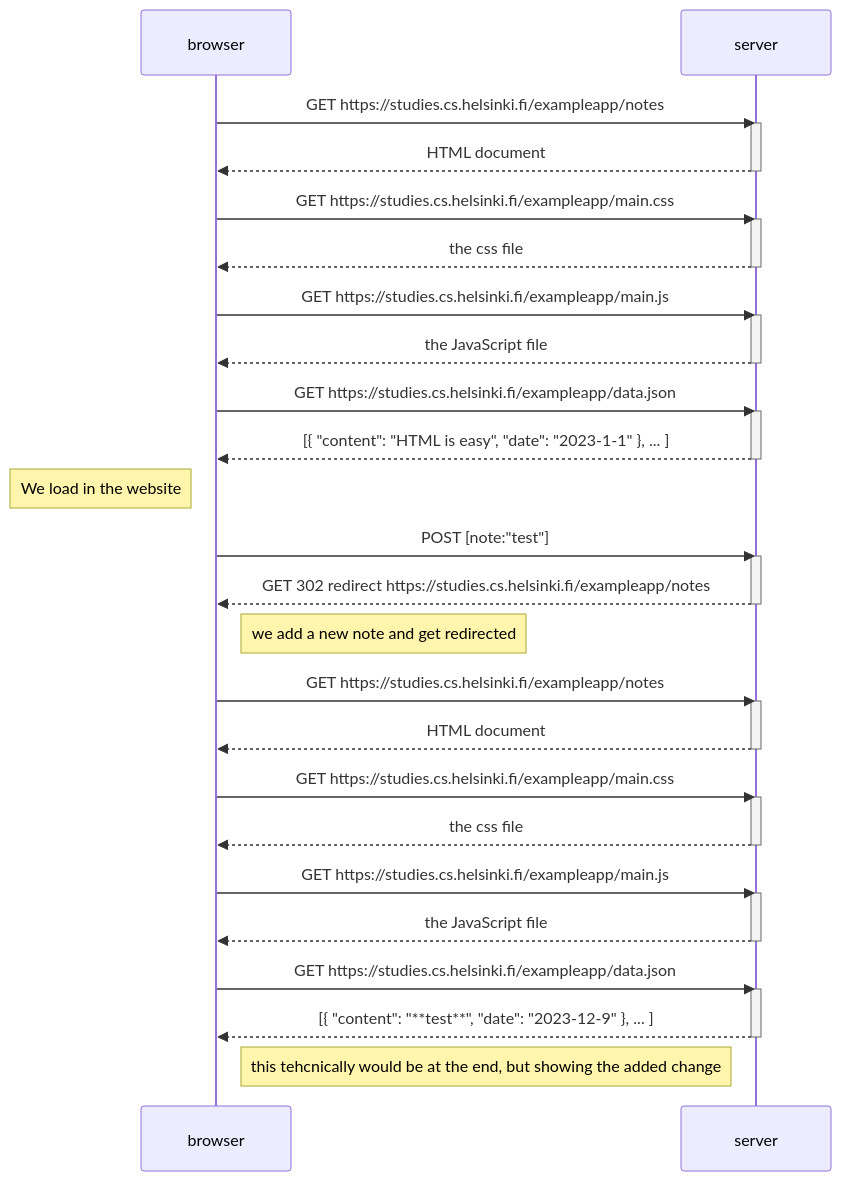
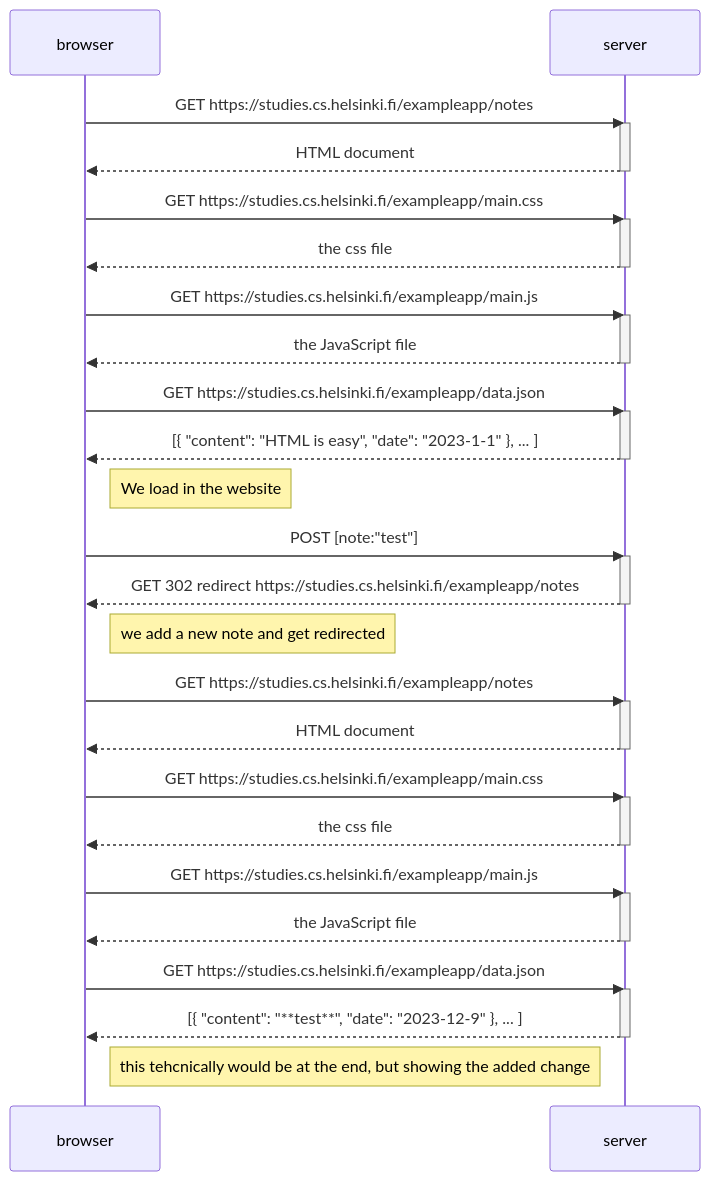
One commit to butch500200/Fullstack_part0 changed the diagram in diagram.md. Above: the diagram before and after it, drawn with Mermaid.

Commit message:
changed left to right again

````diff
--- a/diagram.md
+++ b/diagram.md
@@ -1,59 +1,59 @@
 ```mermaid
 sequenceDiagram
     participant browser
     participant server
 
 
 
     browser->>server: GET https://studies.cs.helsinki.fi/exampleapp/notes
     activate server
     server-->>browser: HTML document
     deactivate server
 
     browser->>server: GET https://studies.cs.helsinki.fi/exampleapp/main.css
     activate server
     server-->>browser: the css file
     deactivate server
 
     browser->>server: GET https://studies.cs.helsinki.fi/exampleapp/main.js
     activate server
     server-->>browser: the JavaScript file
     deactivate server
 
     browser->>server: GET https://studies.cs.helsinki.fi/exampleapp/data.json
     activate server
     server-->>browser: [{ "content": "HTML is easy", "date": "2023-1-1" }, ... ]
     deactivate server
 
-    Note left of browser: We load in the website
+    Note right of browser: We load in the website
 
     browser->>server: POST [note:"test"]
     activate server
     server-->>browser: GET 302 redirect https://studies.cs.helsinki.fi/exampleapp/notes
     deactivate server
 
     Note right of browser: we add a new note and get redirected
 
     browser->>server: GET https://studies.cs.helsinki.fi/exampleapp/notes
     activate server
     server-->>browser: HTML document
     deactivate server
 
     browser->>server: GET https://studies.cs.helsinki.fi/exampleapp/main.css
     activate server
     server-->>browser: the css file
     deactivate server
 
     browser->>server: GET https://studies.cs.helsinki.fi/exampleapp/main.js
     activate server
     server-->>browser: the JavaScript file
     deactivate server
 
     browser->>server: GET https://studies.cs.helsinki.fi/exampleapp/data.json
     activate server
     server-->>browser: [{ "content": "**test**", "date": "2023-12-9" }, ... ]
     deactivate server
 
     Note right of browser: this tehcnically would be at the end, but showing the added change
 
 ```
````
